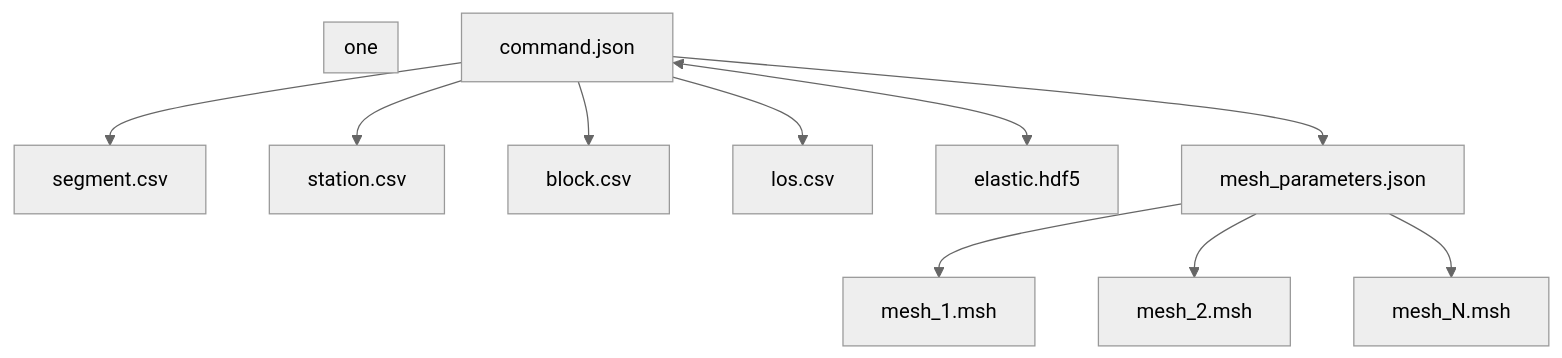
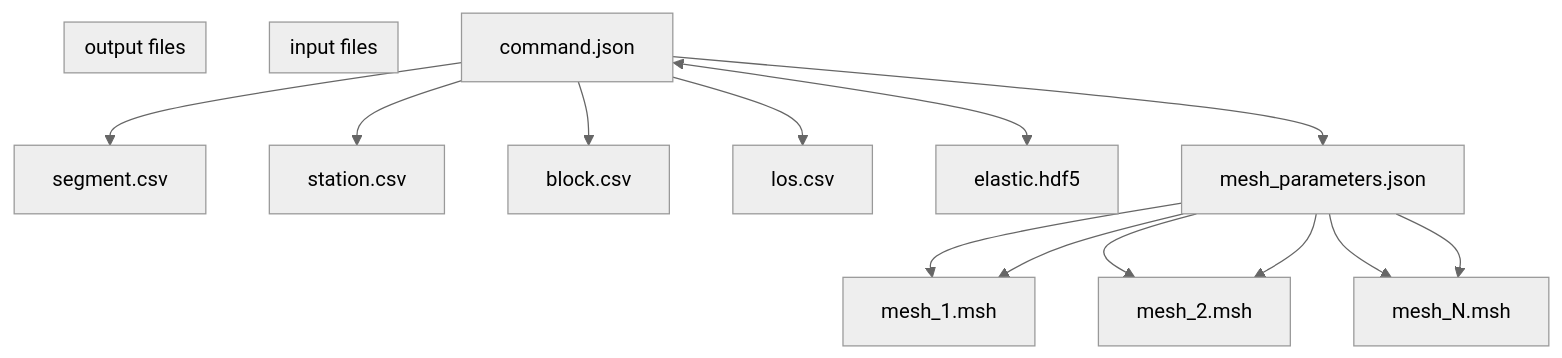
Before and after one commit to brendanjmeade/celeri: the second of 2 diagrams in README.md, drawn with Mermaid (neutral theme).

Commit message:
Adding second subraph and additional end

````diff
--- a/README.md
+++ b/README.md
@@ -40,14 +40,19 @@
 ```mermaid
 flowchart TD
     command.json-->segment.csv
     command.json-->station.csv
     command.json-->block.csv
     command.json-->los.csv
     command.json<-->elastic.hdf5
     command.json-->mesh_parameters.json
     mesh_parameters.json-->mesh_1.msh
     mesh_parameters.json-->mesh_2.msh
     mesh_parameters.json-->mesh_N.msh
-    subgraph one
+    subgraph input files
+    end
+    mesh_parameters.json-->mesh_1.msh
+    mesh_parameters.json-->mesh_2.msh
+    mesh_parameters.json-->mesh_N.msh
+    subgraph output files
     end
 ```
````
